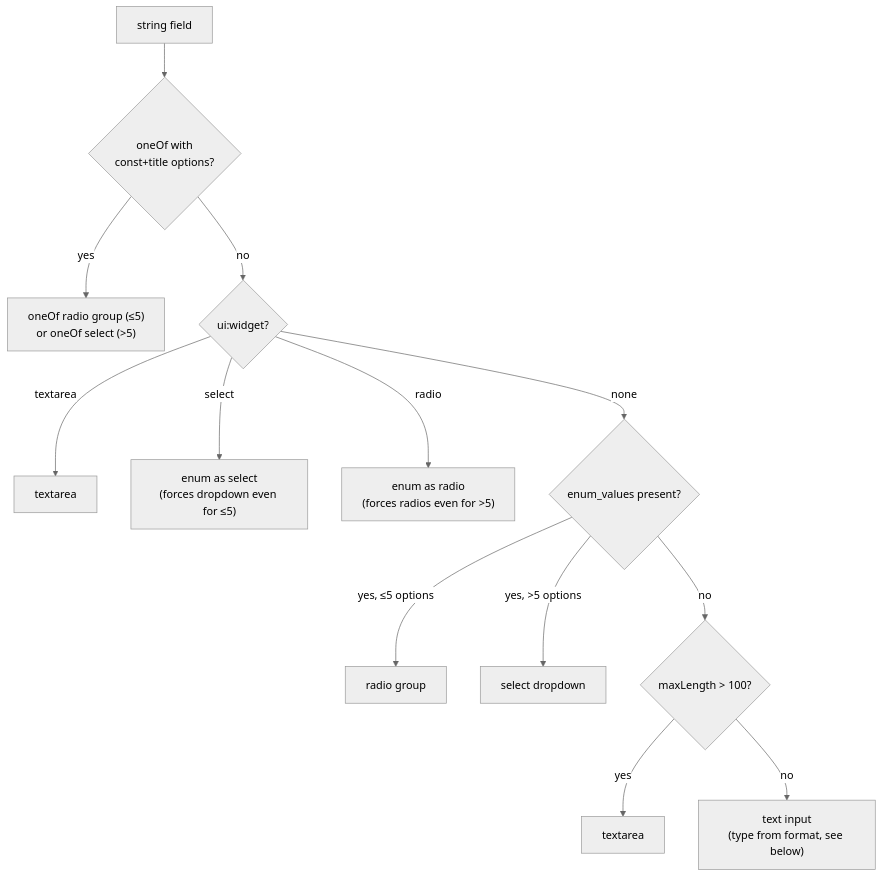
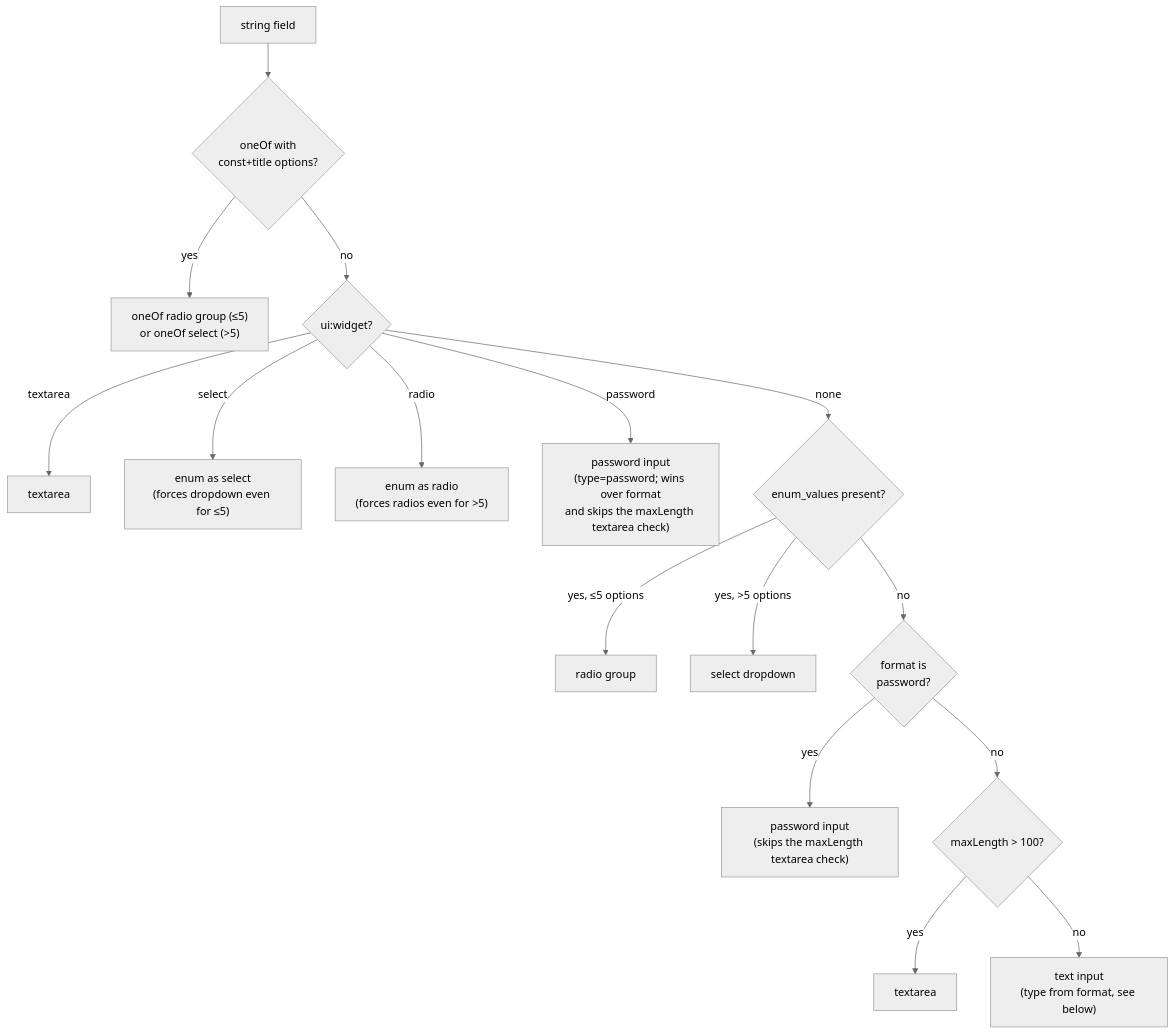
The second of 2 diagrams in docs/reference/widgets.md (radionest/gleam_formosh), drawn with Mermaid (neutral theme) before and after one commit. The commit also changed other lines of this file and 25 other files, not shown here.

````diff
--- a/docs/reference/widgets.md
+++ b/docs/reference/widgets.md
@@ -65,15 +65,18 @@
 ```mermaid
 flowchart TD
     S["string field"] --> OO{"oneOf with<br/>const+title options?"}
     OO -- "yes" --> OOW["oneOf radio group (≤5)<br/>or oneOf select (>5)"]
     OO -- "no" --> UW{"ui:widget?"}
     UW -- "textarea" --> TA["textarea"]
     UW -- "select" --> SEL["enum as select<br/>(forces dropdown even for ≤5)"]
     UW -- "radio" --> RAD["enum as radio<br/>(forces radios even for >5)"]
+    UW -- "password" --> PW["password input<br/>(type=password; wins over format<br/>and skips the maxLength textarea check)"]
     UW -- "none" --> EV{"enum_values present?"}
     EV -- "yes, ≤5 options" --> R5["radio group"]
     EV -- "yes, >5 options" --> S5["select dropdown"]
-    EV -- "no" --> ML{"maxLength > 100?"}
+    EV -- "no" --> PWF{"format is<br/>password?"}
+    PWF -- "yes" --> PW2["password input<br/>(skips the maxLength textarea check)"]
+    PWF -- "no" --> ML{"maxLength > 100?"}
     ML -- "yes" --> TA2["textarea"]
     ML -- "no" --> TXT["text input<br/>(type from format, see below)"]
 ```
````
